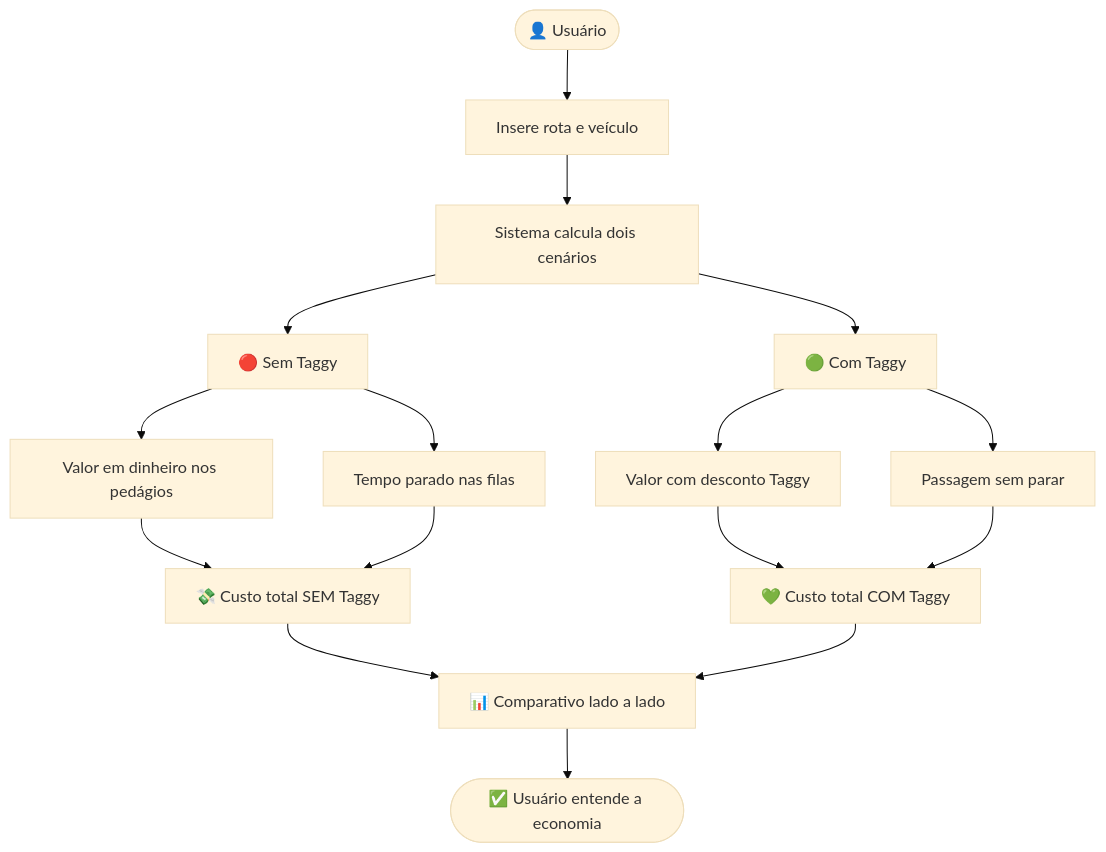
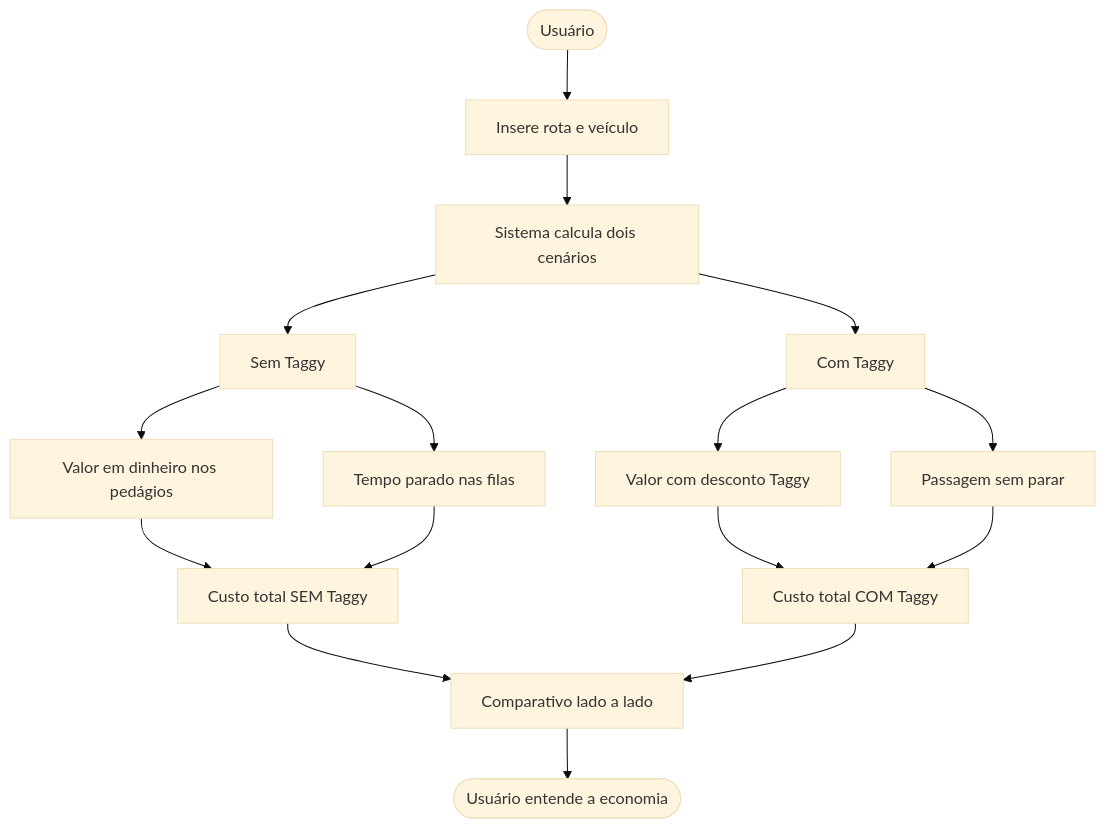
One commit to gabriellucasknp/Carbon-Defuse changed the third of 10 diagrams in README.md. Above: the diagram before and after it, drawn with Mermaid (base theme). The commit also changed other lines of this file, not shown here.

Commit message:
Fix formatting and improve user story diagrams

````diff
--- a/README.md
+++ b/README.md
@@ -271,20 +271,20 @@
 ```mermaid
 flowchart TD
-    A([👤 Usuário]) --> B[Insere rota e veículo]
+    A([Usuário]) --> B[Insere rota e veículo]
     B --> C[Sistema calcula dois cenários]
 
-    C --> D[🔴 Sem Taggy]
-    C --> E[🟢 Com Taggy]
+    C --> D[Sem Taggy]
+    C --> E[Com Taggy]
 
     D --> F[Valor em dinheiro nos pedágios]
     D --> G[Tempo parado nas filas]
 
     E --> H[Valor com desconto Taggy]
     E --> I[Passagem sem parar]
 
-    F & G --> J[💸 Custo total SEM Taggy]
-    H & I --> K[💚 Custo total COM Taggy]
+    F & G --> J[Custo total SEM Taggy]
+    H & I --> K[Custo total COM Taggy]
 
-    J & K --> L[📊 Comparativo lado a lado]
-    L --> M([✅ Usuário entende a economia])
+    J & K --> L[Comparativo lado a lado]
+    L --> M([Usuário entende a economia])
 ```
````
